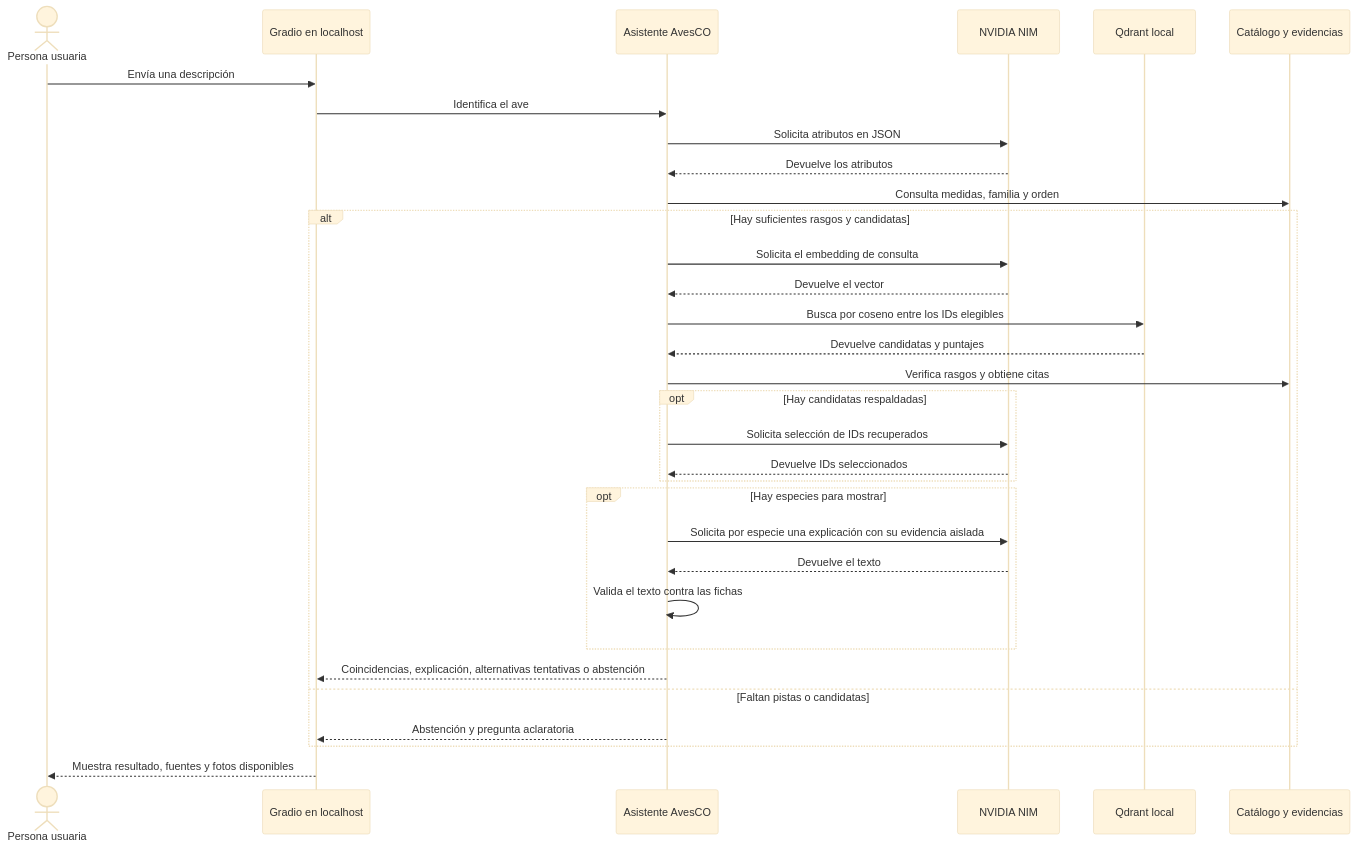
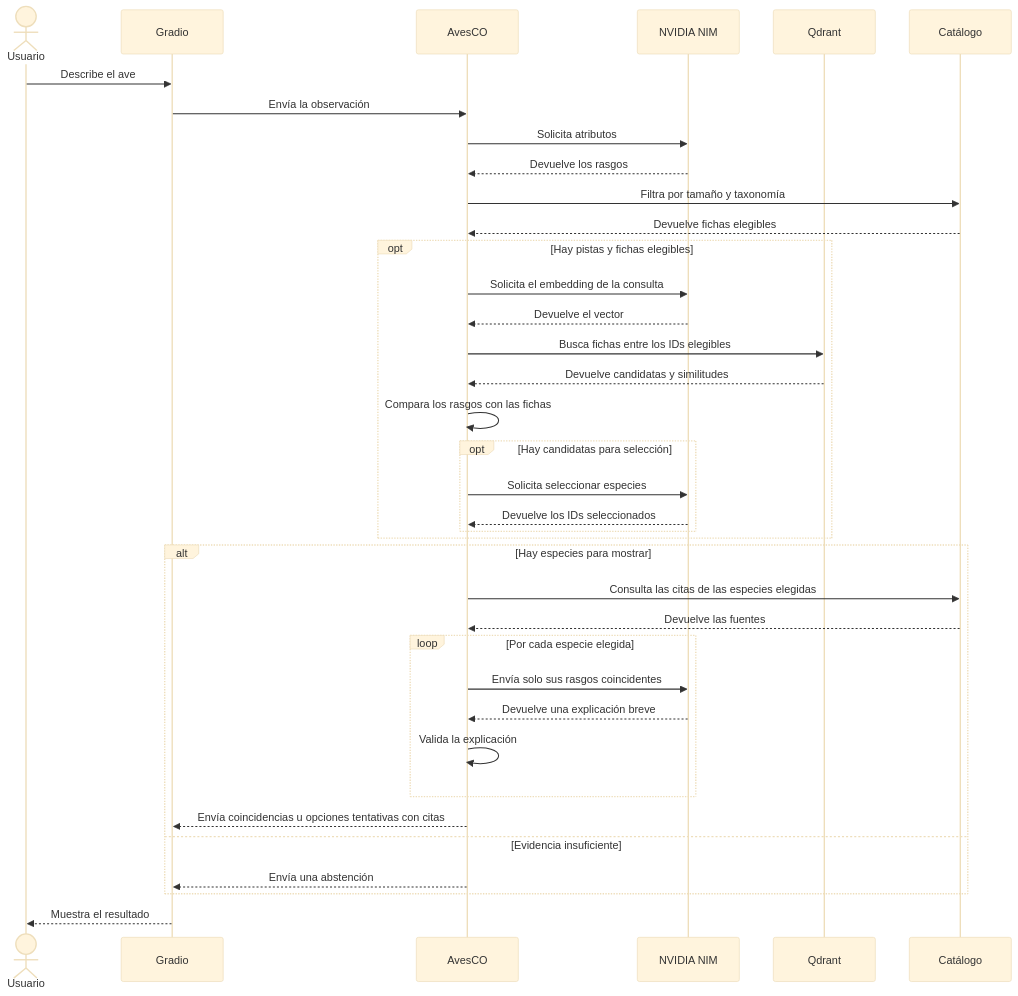
Before and after one commit to JulianJ07/RAG_Detector_Ave: the second of 2 diagrams in README.md, drawn with Mermaid (base theme). The commit also changed other lines of this file, not shown here.

Commit message:
Update UML sequence diagram for AvesCO

````diff
--- a/README.md
+++ b/README.md
@@ -74,34 +74,42 @@
 ```mermaid
 sequenceDiagram
-    actor U as Persona usuaria
-    participant W as Gradio en localhost
-    participant A as Asistente AvesCO
-    participant M as NVIDIA NIM
-    participant Q as Qdrant local
-    participant C as Catálogo y evidencias
-    U->>W: Envía una descripción
-    W->>A: Identifica el ave
-    A->>M: Solicita atributos en JSON
-    M-->>A: Devuelve los atributos
-    A->>C: Consulta medidas, familia y orden
-    alt Hay suficientes rasgos y candidatas
-        A->>M: Solicita el embedding de consulta
-        M-->>A: Devuelve el vector
-        A->>Q: Busca por coseno entre los IDs elegibles
-        Q-->>A: Devuelve candidatas y puntajes
-        A->>C: Verifica rasgos y obtiene citas
-        opt Hay candidatas respaldadas
-            A->>M: Solicita selección de IDs recuperados
-            M-->>A: Devuelve IDs seleccionados
+    actor U as Usuario
+    participant G as Gradio
+    participant A as AvesCO
+    participant N as NVIDIA NIM
+    participant Q as Qdrant
+    participant C as Catálogo
+
+    U->>G: Describe el ave
+    G->>A: Envía la observación
+    A->>N: Solicita atributos
+    N-->>A: Devuelve los rasgos
+    A->>C: Filtra por tamaño y taxonomía
+    C-->>A: Devuelve fichas elegibles
+
+    opt Hay pistas y fichas elegibles
+        A->>N: Solicita el embedding de la consulta
+        N-->>A: Devuelve el vector
+        A->>Q: Busca fichas entre los IDs elegibles
+        Q-->>A: Devuelve candidatas y similitudes
+        A->>A: Compara los rasgos con las fichas
+        opt Hay candidatas para selección
+            A->>N: Solicita seleccionar especies
+            N-->>A: Devuelve los IDs seleccionados
         end
-        opt Hay especies para mostrar
-            A->>M: Solicita por especie una explicación con su evidencia aislada
-            M-->>A: Devuelve el texto
-            A->>A: Valida el texto contra las fichas
+    end
+
+    alt Hay especies para mostrar
+        A->>C: Consulta las citas de las especies elegidas
+        C-->>A: Devuelve las fuentes
+        loop Por cada especie elegida
+            A->>N: Envía solo sus rasgos coincidentes
+            N-->>A: Devuelve una explicación breve
+            A->>A: Valida la explicación
         end
-        A-->>W: Coincidencias, explicación, alternativas tentativas o abstención
-    else Faltan pistas o candidatas
-        A-->>W: Abstención y pregunta aclaratoria
+        A-->>G: Envía coincidencias u opciones tentativas con citas
+    else Evidencia insuficiente
+        A-->>G: Envía una abstención
     end
-    W-->>U: Muestra resultado, fuentes y fotos disponibles
+    G-->>U: Muestra el resultado
 ```
````
